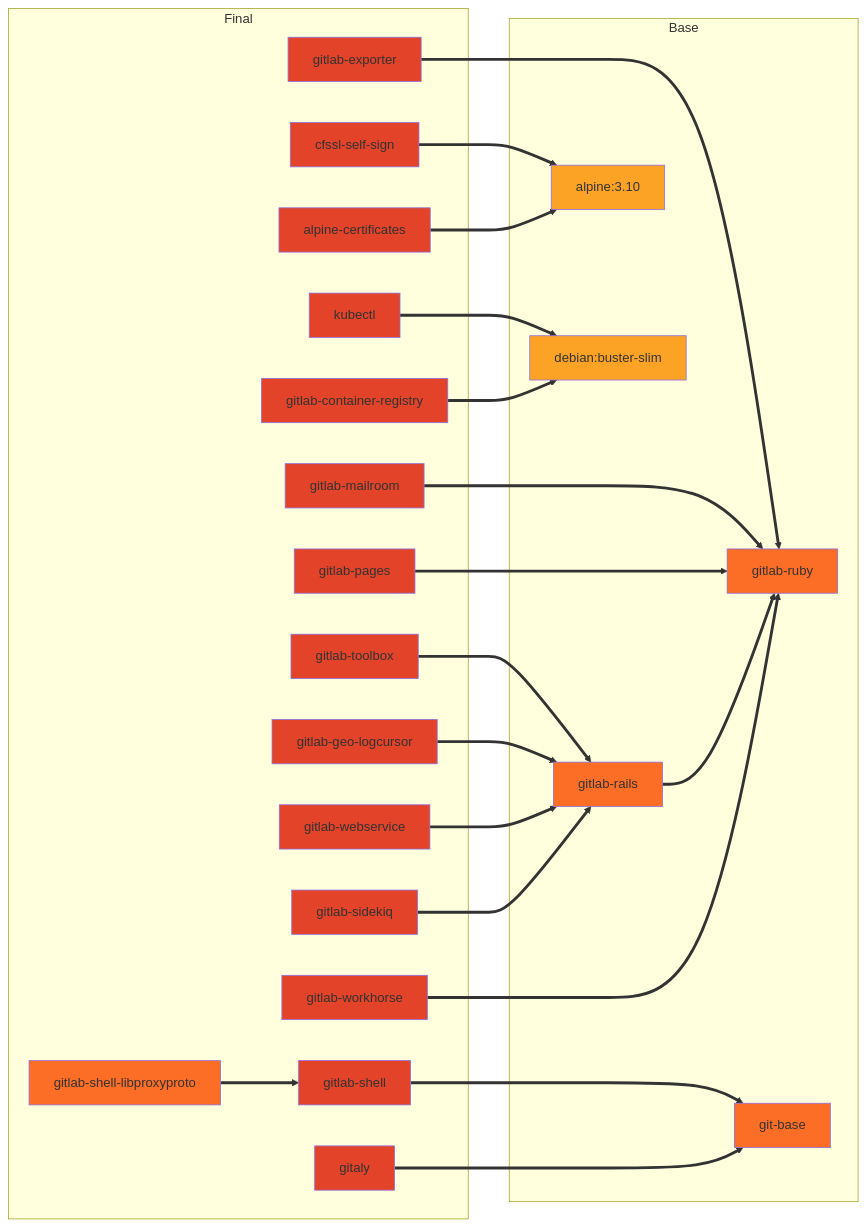
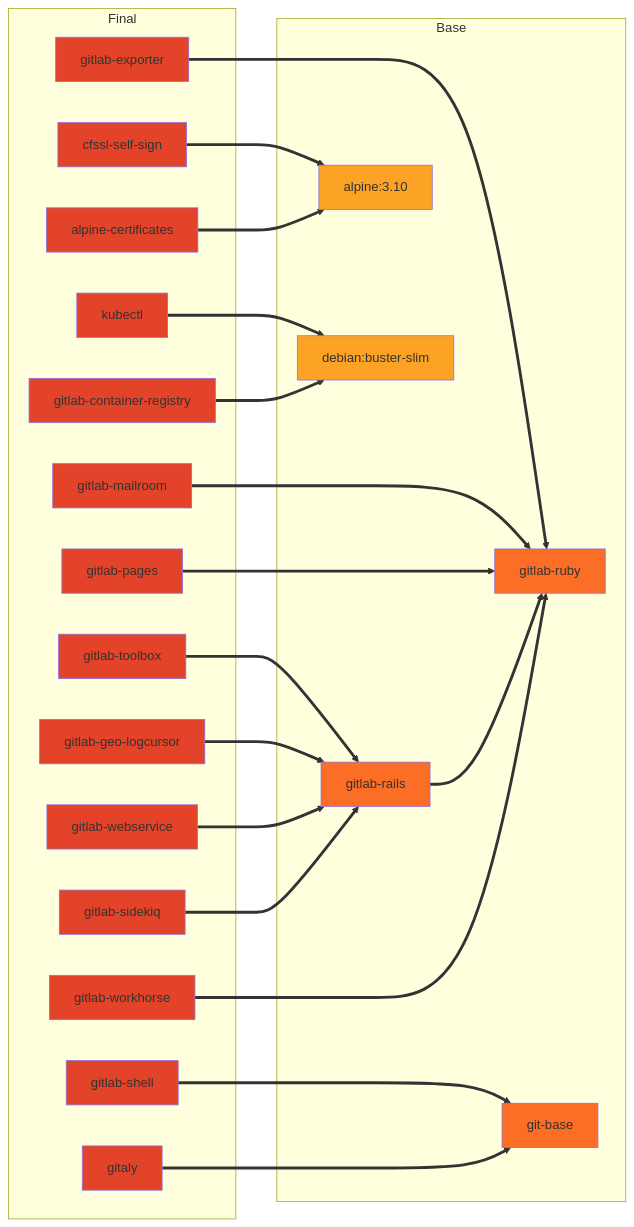
The first of 2 diagrams in docs/build.md (tachyons/gitlab-pages), drawn with Mermaid before and after one commit. The commit also changed other lines of this file and 4 other files, not shown here.

First line of the commit message:
Remove gitlab-shell-libproxyproto image

````diff
--- a/docs/build.md
+++ b/docs/build.md
@@ -186,54 +186,51 @@
 ```mermaid
 graph LR;
   subgraph Final
     gitlab-toolbox:::final
     gitlab-webservice:::final
     gitlab-workhorse:::final
     gitlab-sidekiq:::final
     gitlab-geo-logcursor:::final
     gitlab-exporter:::final
     gitlab-mailroom:::final
     gitlab-shell:::final
-    gitlab-shell-libproxyproto
     gitlab-pages:::final
     gitaly:::final
     kubectl:::final
     gitlab-container-registry:::final
     alpine-certificates:::final
     cfssl-self-sign:::final
   end
 
   subgraph Base
     gitlab-ruby
     gitlab-rails
     git-base
     alpine[alpine:3.10]:::external;
     debian[debian:buster-slim]:::external;
   end
 
   kubectl==>debian;
   cfssl-self-sign==>alpine;
   alpine-certificates==>alpine;
 
   gitlab-toolbox==>gitlab-rails;
   gitlab-geo-logcursor==>gitlab-rails;
   gitlab-webservice==>gitlab-rails;
   gitlab-sidekiq==>gitlab-rails;
 
   gitlab-exporter==>gitlab-ruby;
   gitlab-mailroom===>gitlab-ruby;
   gitlab-pages===>gitlab-ruby
   gitlab-rails==>gitlab-ruby;
   gitlab-workhorse===>gitlab-ruby
 
   gitlab-shell===>git-base;
 
-  gitlab-shell-libproxyproto==>gitlab-shell;
-
   gitaly===>git-base;
   gitlab-container-registry==>debian
 
   classDef default fill:#fc6d26;
   classDef external fill:#fca326;
   classDef final fill:#e24329;
 ```
````
